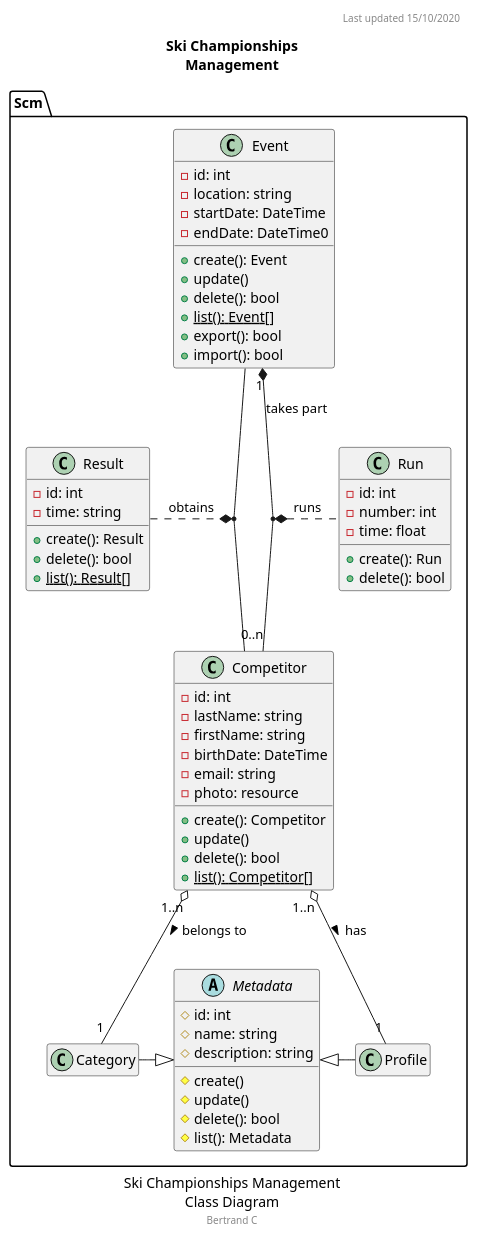
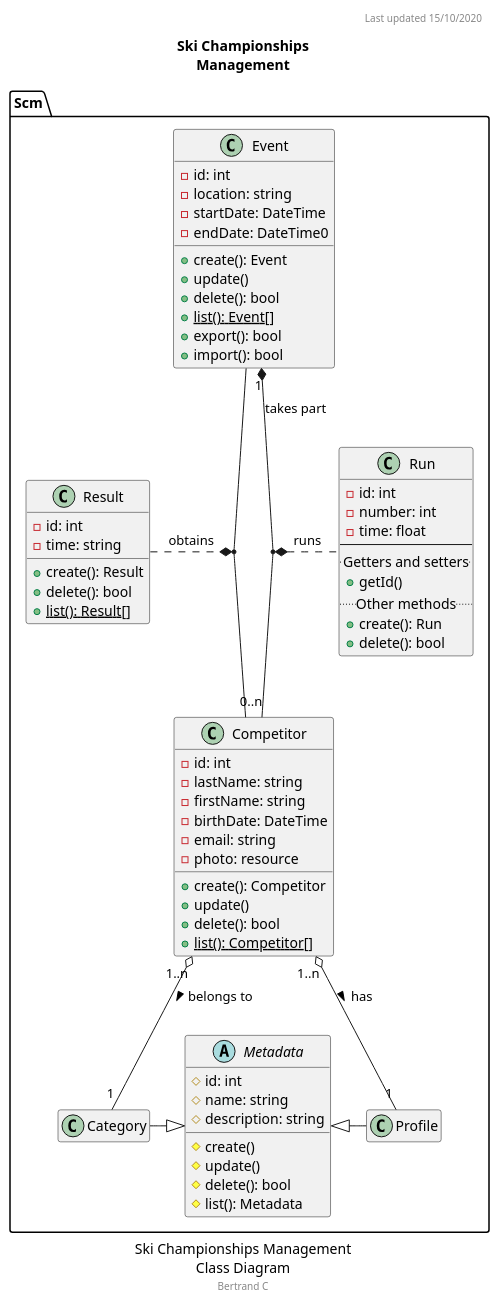
Before and after one commit to bcheronn/ski-championships-management: the second of 2 diagrams in docs/diagrams/src/Ski Championship Management.wsd, drawn with PlantUML. The commit also changed 4 other files, not shown here.

```diff
--- a/docs/diagrams/src/Ski Championship Management.wsd
+++ b/docs/diagrams/src/Ski Championship Management.wsd
@@ -8,84 +8,88 @@
 @startuml "Ski Championships Management Class Diagram"
 hide empty members
 caption Ski Championships Management\nClass Diagram
 footer Bertrand C
 header Last updated 15/10/2020
 title Ski Championships\nManagement
 
 namespace Scm {
     'note "This is a floating note\n<b>in case I need it</b>" as N1
 
     class Event
     {
         -id: int
         -location: string
         -startDate: DateTime
         -endDate: DateTime0
         +create(): Event
         +update()
         +delete(): bool
         +{static}list(): Event[]
         +export(): bool
         +import(): bool
     }
 
     class Competitor
     {
         -id: int
         -lastName: string
         -firstName: string
         -birthDate: DateTime
         -email: string
         -photo: resource
         +create(): Competitor
         +update()
         +delete(): bool
         +{static}list(): Competitor[]
     }
 
     class Run
     {
         -id: int
         -number: int
         -time: float
+        --
+        ..Getters and setters..
+        +getId()
+        ..Other methods..
         +create(): Run
         +delete(): bool
     }
 
     class Result
     {
         -id: int
         -time: string
         +create(): Result
         +delete(): bool
         +{static}list(): Result[]
     }
 
     abstract Metadata
     {
         #id: int
         #name: string
         #description: string
         #create()
         #update()
         #delete(): bool
         #list(): Metadata
     }
 
     class Category
     {
     }
 
     class Profile
     {
     }
 
     (Event, Competitor) "1" *.. "1" Result : obtains
     Event "1" *-- "0..n" Competitor : < takes part
     (Event, Competitor) "1" *.. "0..2" Run : runs
     Metadata <|-l- Category
     Metadata <|-r- Profile
     Competitor "1..n" o-- "1" Category : belongs to >
     Competitor "1..n" o-- "1" Profile : has >
 }
 @enduml
```
